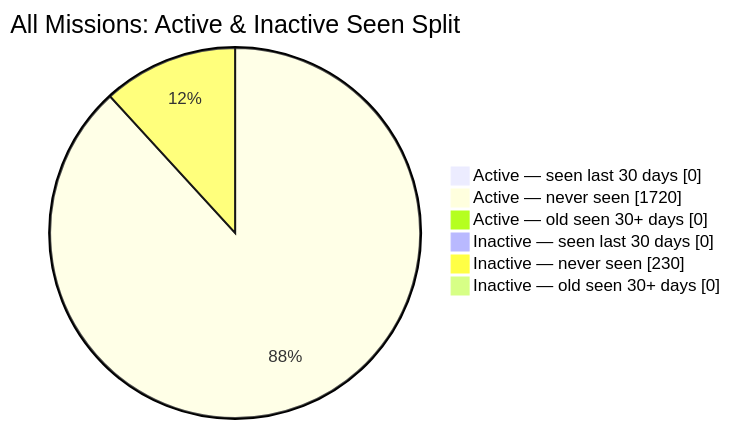
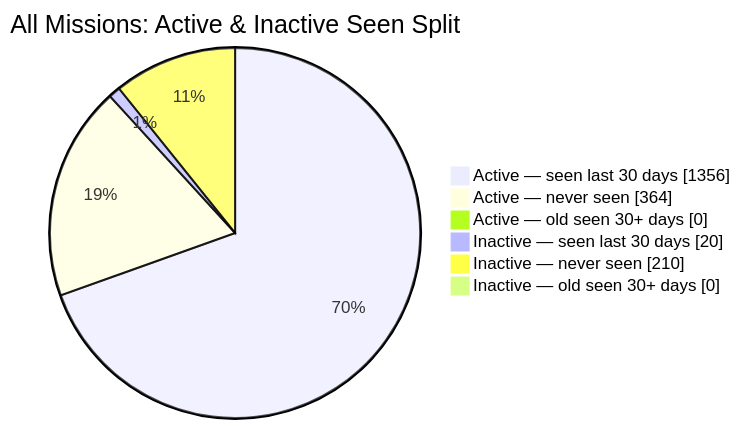
Before and after one commit to MeldkamerspelGameTeam/active-missions: the second of 2 diagrams in README.md, drawn with Mermaid. The commit also changed other lines of this file and 3 other files, not shown here.

````diff
--- a/README.md
+++ b/README.md
@@ -44,10 +44,10 @@
 ```mermaid
 pie showData
     title All Missions: Active & Inactive Seen Split
-    "Active — seen last 30 days" : 0
-    "Active — never seen" : 1720
+    "Active — seen last 30 days" : 1356
+    "Active — never seen" : 364
     "Active — old seen 30+ days" : 0
-    "Inactive — seen last 30 days" : 0
-    "Inactive — never seen" : 230
+    "Inactive — seen last 30 days" : 20
+    "Inactive — never seen" : 210
     "Inactive — old seen 30+ days" : 0
 ```
````
